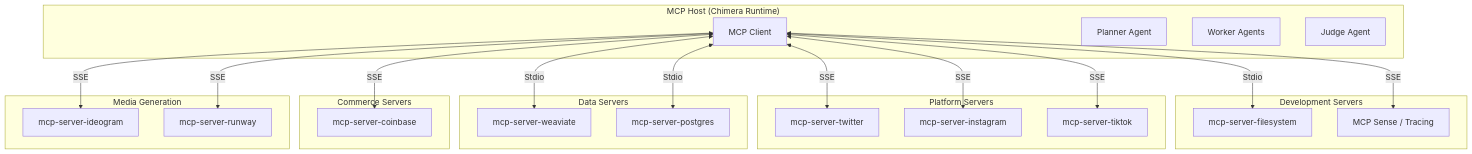
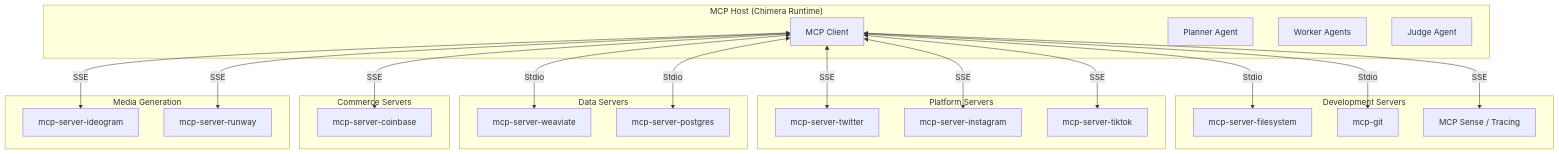
Before and after one commit to gufite/chimera: the first of 3 diagrams in research/tooling_strategy.md, drawn with Mermaid. The commit also changed other lines of this file and 1 other file, not shown here.

First line of the commit message:
Configure Git MCP server and update tooling strategy

````diff
--- a/research/tooling_strategy.md
+++ b/research/tooling_strategy.md
@@ -34,45 +49,47 @@
 ```mermaid
 flowchart TB
     subgraph Host["MCP Host (Chimera Runtime)"]
         Client[MCP Client]
         Planner[Planner Agent]
         Worker[Worker Agents]
         Judge[Judge Agent]
     end
 
     subgraph Development["Development Servers"]
         FS[mcp-server-filesystem]
+        GIT[mcp-git]
         Sense[MCP Sense / Tracing]
     end
 
     subgraph Platform["Platform Servers"]
         TW[mcp-server-twitter]
         IG[mcp-server-instagram]
         TT[mcp-server-tiktok]
     end
 
     subgraph Data["Data Servers"]
         WV[mcp-server-weaviate]
         PG[mcp-server-postgres]
     end
 
     subgraph Commerce["Commerce Servers"]
         CB[mcp-server-coinbase]
     end
 
     subgraph Media["Media Generation"]
         IMG[mcp-server-ideogram]
         VID[mcp-server-runway]
     end
 
     Client <-->|Stdio| FS
+    Client <-->|Stdio| GIT
     Client <-->|SSE| Sense
     Client <-->|SSE| TW
     Client <-->|SSE| IG
     Client <-->|SSE| TT
     Client <-->|Stdio| WV
     Client <-->|Stdio| PG
     Client <-->|SSE| CB
     Client <-->|SSE| IMG
     Client <-->|SSE| VID
 ```
````
